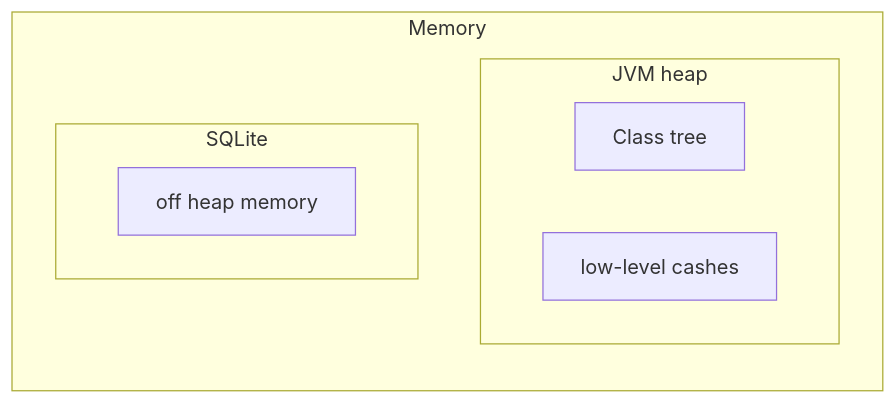
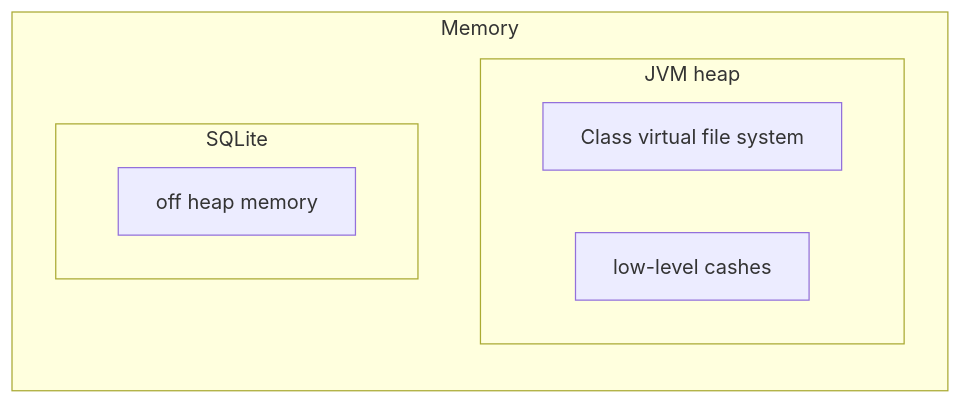
Before and after one commit to UnitTestBot/jacodb: the fourth of 4 diagrams in design.md, drawn with Mermaid. The commit also changed 17 other files, not shown here.

````diff
--- a/design.md
+++ b/design.md
@@ -158,15 +158,15 @@
 ```mermaid
 flowchart LR
 
     subgraph hcloud[Memory]
 
         subgraph heap[JVM heap]
-            class_tree[Class tree]
+            class_vfs[Class virtual file system]
             caches[low-level cashes]
         end
 
         subgraph sqlite[SQLite]
             storage[off heap memory]
         end
     end
 ```
````
